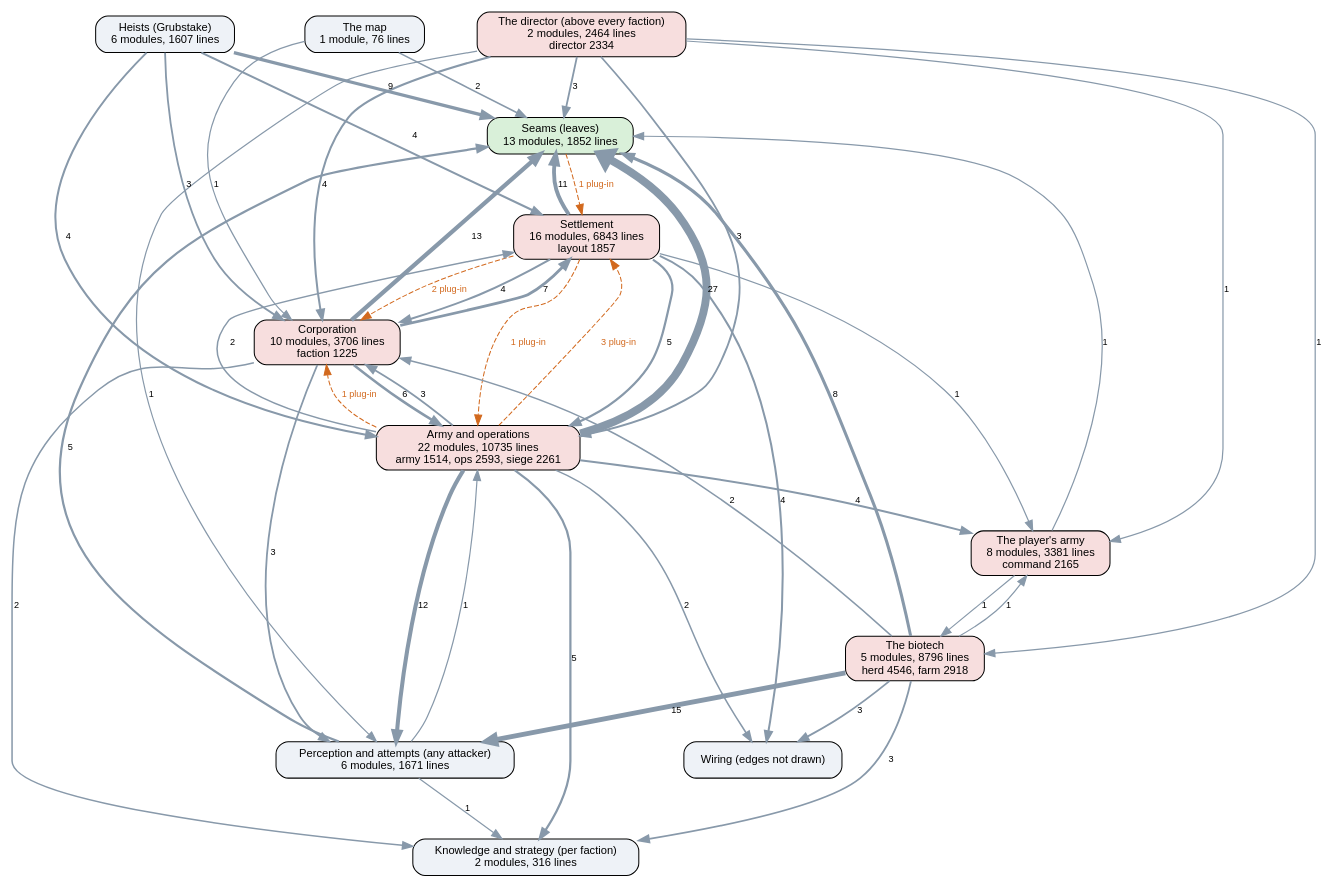
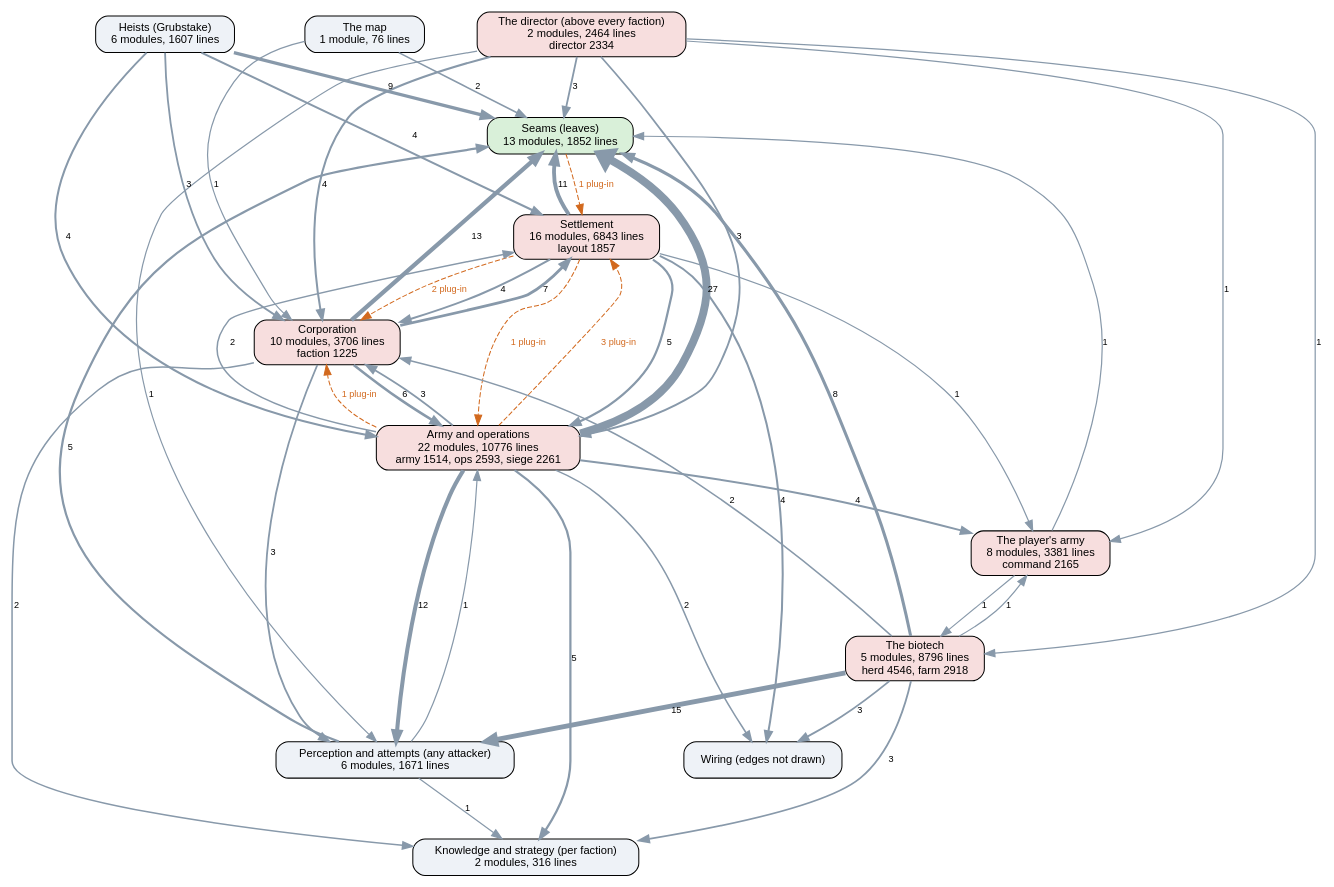
The diagram in docs/ai-layers.dot (kinelhu/landing-party), drawn with Graphviz before and after one commit. The commit also changed 11 other files, not shown here.

```diff
--- a/docs/ai-layers.dot
+++ b/docs/ai-layers.dot
@@ -1,61 +1,61 @@
 digraph layers {
   graph [rankdir=TB, fontname="Helvetica", nodesep=0.5, ranksep=0.7];
   node [shape=box, style="rounded,filled", fontname="Helvetica", fontsize=11, fillcolor="#eef2f7"];
   edge [color="#8899aa", fontname="Helvetica", fontsize=9];
   "Seams (leaves)" [label="Seams (leaves)\n13 modules, 1852 lines", fillcolor="#d9f0d9"];
   "Perception and attempts (any attacker)" [label="Perception and attempts (any attacker)\n6 modules, 1671 lines", fillcolor="#eef2f7"];
   "Knowledge and strategy (per faction)" [label="Knowledge and strategy (per faction)\n2 modules, 316 lines", fillcolor="#eef2f7"];
   "The director (above every faction)" [label="The director (above every faction)\n2 modules, 2464 lines\ndirector 2334", fillcolor="#f7dede"];
   "Corporation" [label="Corporation\n10 modules, 3706 lines\nfaction 1225", fillcolor="#f7dede"];
   "Settlement" [label="Settlement\n16 modules, 6843 lines\nlayout 1857", fillcolor="#f7dede"];
-  "Army and operations" [label="Army and operations\n22 modules, 10735 lines\narmy 1514, ops 2593, siege 2261", fillcolor="#f7dede"];
+  "Army and operations" [label="Army and operations\n22 modules, 10776 lines\narmy 1514, ops 2593, siege 2261", fillcolor="#f7dede"];
   "Heists (Grubstake)" [label="Heists (Grubstake)\n6 modules, 1607 lines", fillcolor="#eef2f7"];
   "The biotech" [label="The biotech\n5 modules, 8796 lines\nherd 4546, farm 2918", fillcolor="#f7dede"];
   "The map" [label="The map\n1 module, 76 lines", fillcolor="#eef2f7"];
   "The player's army" [label="The player's army\n8 modules, 3381 lines\ncommand 2165", fillcolor="#f7dede"];
   "Army and operations" -> "Corporation" [label="3", penwidth=1.8];
   "Army and operations" -> "Knowledge and strategy (per faction)" [label="5", penwidth=2.2];
   "Army and operations" -> "Perception and attempts (any attacker)" [label="12", penwidth=4.0];
   "Army and operations" -> "Seams (leaves)" [label="27", penwidth=7.8];
   "Army and operations" -> "Settlement" [label="2", penwidth=1.5];
   "Army and operations" -> "The player's army" [label="4", penwidth=2.0];
   "Army and operations" -> "Wiring (edges not drawn)" [label="2", penwidth=1.5];
   "Corporation" -> "Army and operations" [label="6", penwidth=2.5];
   "Corporation" -> "Knowledge and strategy (per faction)" [label="2", penwidth=1.5];
   "Corporation" -> "Perception and attempts (any attacker)" [label="3", penwidth=1.8];
   "Corporation" -> "Seams (leaves)" [label="13", penwidth=4.2];
   "Corporation" -> "Settlement" [label="7", penwidth=2.8];
   "Heists (Grubstake)" -> "Army and operations" [label="4", penwidth=2.0];
   "Heists (Grubstake)" -> "Corporation" [label="3", penwidth=1.8];
   "Heists (Grubstake)" -> "Seams (leaves)" [label="9", penwidth=3.2];
   "Heists (Grubstake)" -> "Settlement" [label="4", penwidth=2.0];
   "Perception and attempts (any attacker)" -> "Army and operations" [label="1", penwidth=1.2];
   "Perception and attempts (any attacker)" -> "Knowledge and strategy (per faction)" [label="1", penwidth=1.2];
   "Perception and attempts (any attacker)" -> "Seams (leaves)" [label="5", penwidth=2.2];
   "Settlement" -> "Army and operations" [label="5", penwidth=2.2];
   "Settlement" -> "Corporation" [label="4", penwidth=2.0];
   "Settlement" -> "Seams (leaves)" [label="11", penwidth=3.8];
   "Settlement" -> "The player's army" [label="1", penwidth=1.2];
   "Settlement" -> "Wiring (edges not drawn)" [label="4", penwidth=2.0];
   "The biotech" -> "Corporation" [label="2", penwidth=1.5];
   "The biotech" -> "Knowledge and strategy (per faction)" [label="3", penwidth=1.8];
   "The biotech" -> "Perception and attempts (any attacker)" [label="15", penwidth=4.8];
   "The biotech" -> "Seams (leaves)" [label="8", penwidth=3.0];
   "The biotech" -> "The player's army" [label="1", penwidth=1.2];
   "The biotech" -> "Wiring (edges not drawn)" [label="3", penwidth=1.8];
   "The director (above every faction)" -> "Army and operations" [label="3", penwidth=1.8];
   "The director (above every faction)" -> "Corporation" [label="4", penwidth=2.0];
   "The director (above every faction)" -> "Perception and attempts (any attacker)" [label="1", penwidth=1.2];
   "The director (above every faction)" -> "Seams (leaves)" [label="3", penwidth=1.8];
   "The director (above every faction)" -> "The biotech" [label="1", penwidth=1.2];
   "The director (above every faction)" -> "The player's army" [label="1", penwidth=1.2];
   "The map" -> "Corporation" [label="1", penwidth=1.2];
   "The map" -> "Seams (leaves)" [label="2", penwidth=1.5];
   "The player's army" -> "Seams (leaves)" [label="1", penwidth=1.2];
   "The player's army" -> "The biotech" [label="1", penwidth=1.2];
   "Army and operations" -> "Corporation" [style=dashed, color="#d2691e", fontcolor="#d2691e", label="1 plug-in"];
   "Army and operations" -> "Settlement" [style=dashed, color="#d2691e", fontcolor="#d2691e", label="3 plug-in"];
   "Seams (leaves)" -> "Settlement" [style=dashed, color="#d2691e", fontcolor="#d2691e", label="1 plug-in"];
   "Settlement" -> "Army and operations" [style=dashed, color="#d2691e", fontcolor="#d2691e", label="1 plug-in"];
   "Settlement" -> "Corporation" [style=dashed, color="#d2691e", fontcolor="#d2691e", label="2 plug-in"];
 }
```
